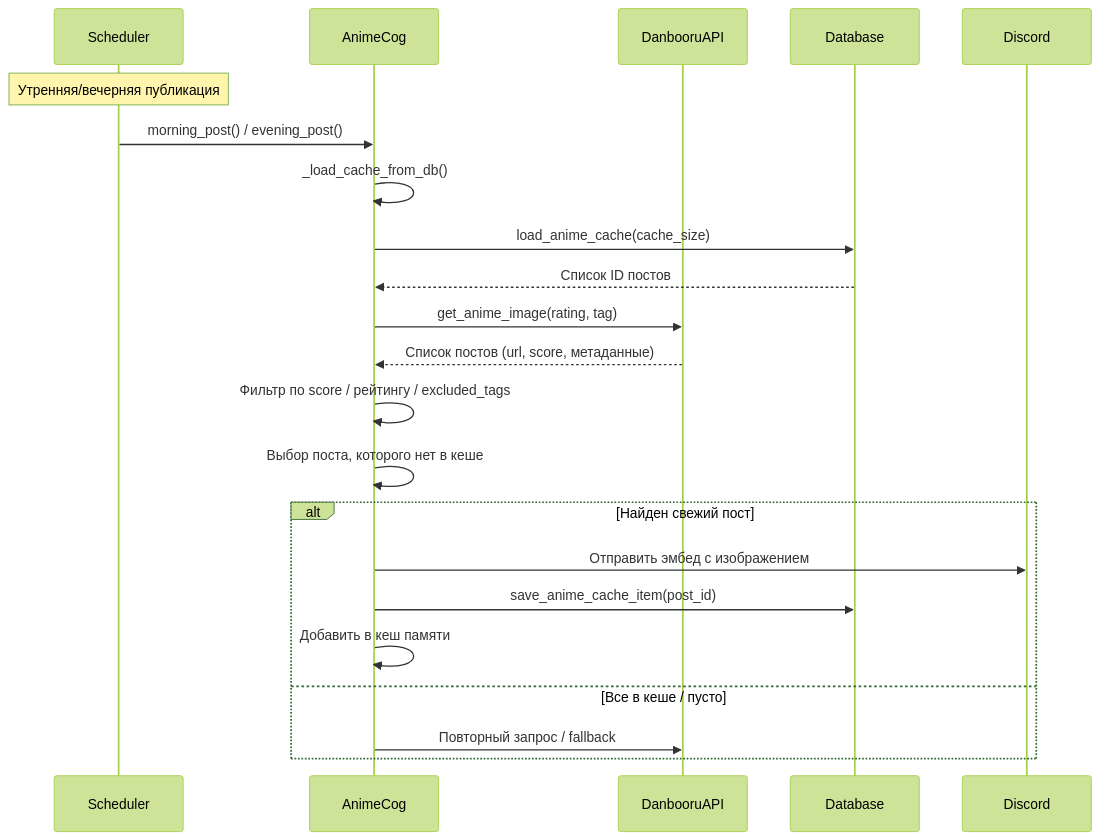
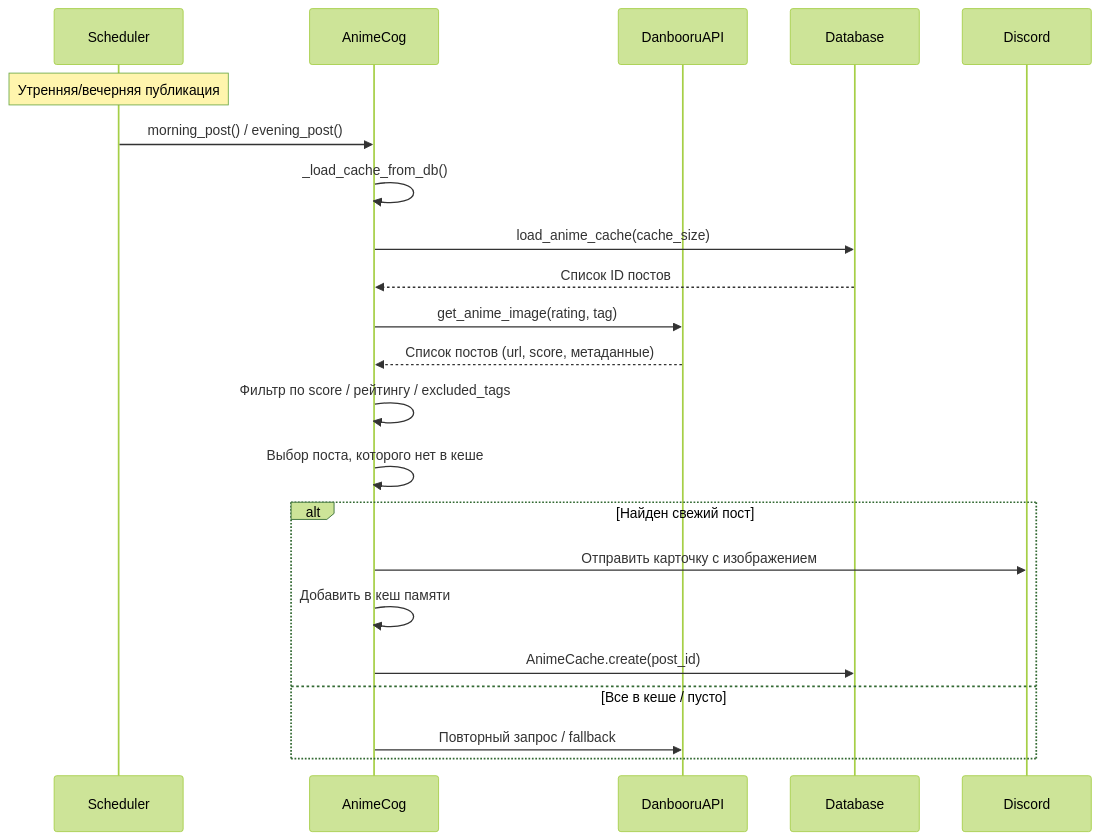
Before and after one commit to Twinlab/pd_bot: the fourth of 10 diagrams in docs/architecture.md, drawn with Mermaid (forest theme). The commit also changed other lines of this file and 19 other files, not shown here.

````diff
--- a/docs/architecture.md
+++ b/docs/architecture.md
@@ -146,27 +159,27 @@
 ```mermaid
 sequenceDiagram
     participant Scheduler
     participant AnimeCog
     participant DanbooruAPI
     participant Database
     participant Discord
 
     Note over Scheduler: Утренняя/вечерняя публикация
     Scheduler->>AnimeCog: morning_post() / evening_post()
     AnimeCog->>AnimeCog: _load_cache_from_db()
     AnimeCog->>Database: load_anime_cache(cache_size)
     Database-->>AnimeCog: Список ID постов
 
     AnimeCog->>DanbooruAPI: get_anime_image(rating, tag)
     DanbooruAPI-->>AnimeCog: Список постов (url, score, метаданные)
     AnimeCog->>AnimeCog: Фильтр по score / рейтингу / excluded_tags
 
     AnimeCog->>AnimeCog: Выбор поста, которого нет в кеше
     alt Найден свежий пост
-        AnimeCog->>Discord: Отправить эмбед с изображением
-        AnimeCog->>Database: save_anime_cache_item(post_id)
+        AnimeCog->>Discord: Отправить карточку с изображением
         AnimeCog->>AnimeCog: Добавить в кеш памяти
+        AnimeCog->>Database: AnimeCache.create(post_id)
     else Все в кеше / пусто
         AnimeCog->>DanbooruAPI: Повторный запрос / fallback
     end
 ```
````
